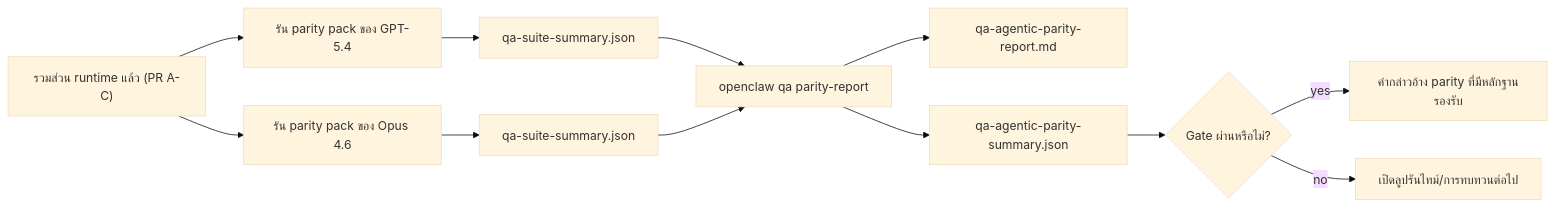
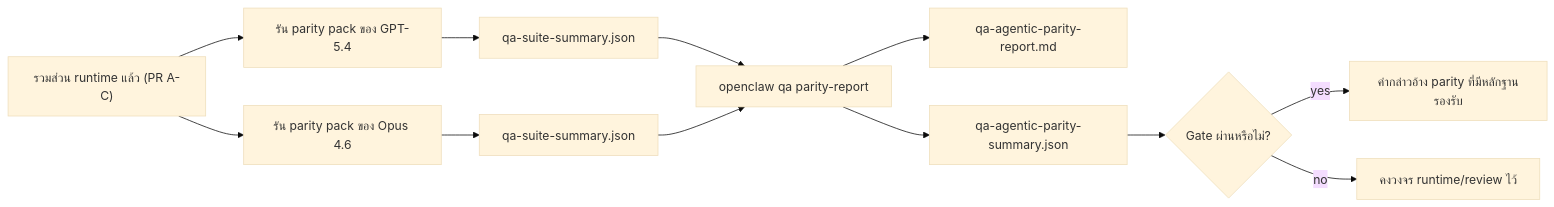
The second of 2 diagrams in docs/th/help/gpt54-codex-agentic-parity.md (daichangya/openclaw-docs), drawn with Mermaid (base theme) before and after one commit. The commit also changed other lines of this file and 440 other files, not shown here.

````diff
--- a/docs/th/help/gpt54-codex-agentic-parity.md
+++ b/docs/th/help/gpt54-codex-agentic-parity.md
@@ -131,14 +131,14 @@
 ```mermaid
 flowchart LR
     A["รวมส่วน runtime แล้ว (PR A-C)"] --> B["รัน parity pack ของ GPT-5.4"]
     A --> C["รัน parity pack ของ Opus 4.6"]
     B --> D["qa-suite-summary.json"]
     C --> E["qa-suite-summary.json"]
     D --> F["openclaw qa parity-report"]
     E --> F
     F --> G["qa-agentic-parity-report.md"]
     F --> H["qa-agentic-parity-summary.json"]
     H --> I{"Gate ผ่านหรือไม่?"}
     I -- "yes" --> J["คำกล่าวอ้าง parity ที่มีหลักฐานรองรับ"]
-    I -- "no" --> K["เปิดลูปรันไทม์/การทบทวนต่อไป"]
+    I -- "no" --> K["คงวงจร runtime/review ไว้"]
 ```
````
